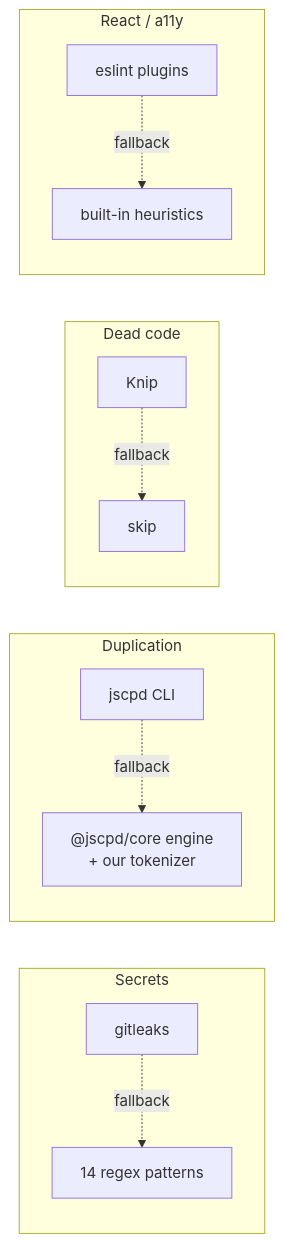
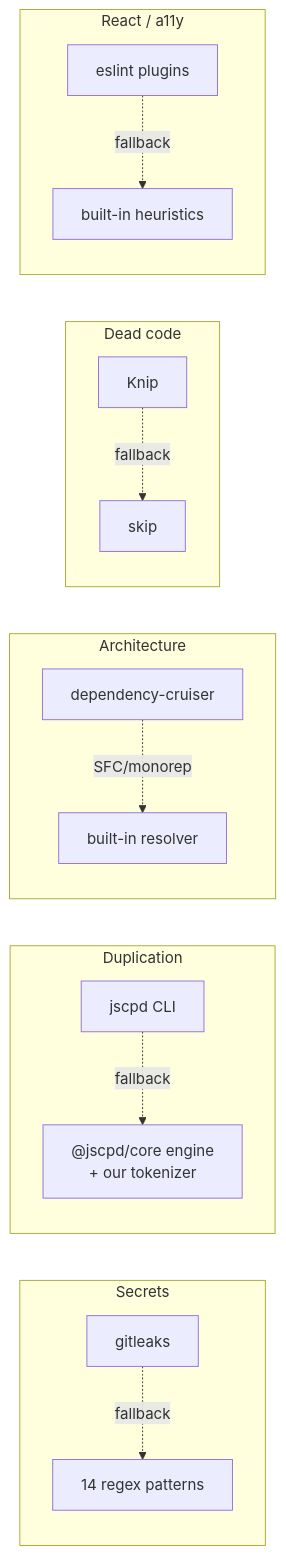
The second of 3 diagrams in docs/docs/architecture.md (vibecodeqa/vibecodeqa), drawn with Mermaid before and after one commit. The commit also changed 1 other file, not shown here.

Commit message:
docs: add dependency-cruiser to architecture tool delegation

````diff
--- a/docs/docs/architecture.md
+++ b/docs/docs/architecture.md
@@ -31,15 +31,18 @@
 ```mermaid
 flowchart LR
   subgraph Secrets
     S1[gitleaks] -.fallback.-> S2[14 regex patterns]
   end
   subgraph Duplication
     D1[jscpd CLI] -.fallback.-> D2["@jscpd/core engine<br/>+ our tokenizer"]
   end
+  subgraph Architecture
+    A1[dependency-cruiser] -.SFC/monorepo.-> A2[built-in resolver]
+  end
   subgraph Dead code
     K1[Knip] -.fallback.-> K2[skip]
   end
   subgraph React / a11y
     R1[eslint plugins] -.fallback.-> R2[built-in heuristics]
   end
 ```
````
